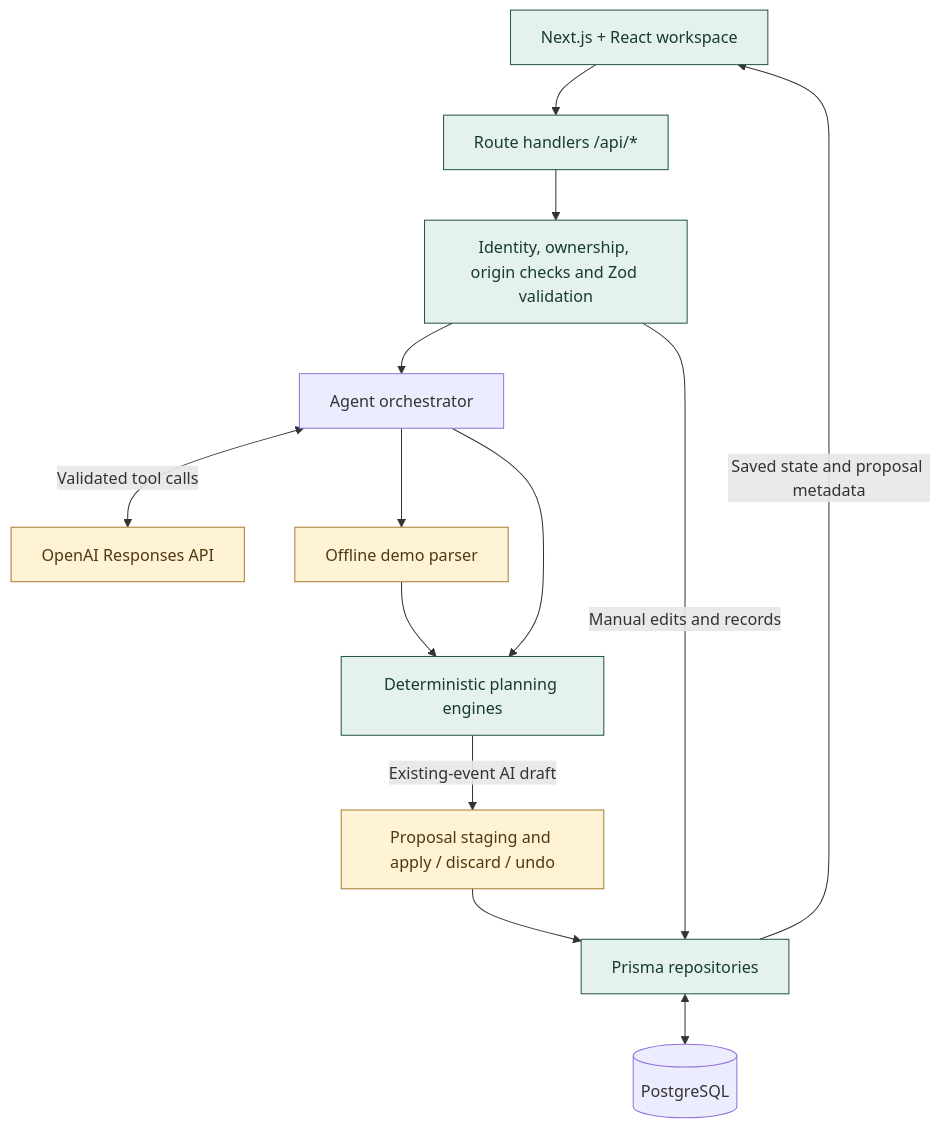
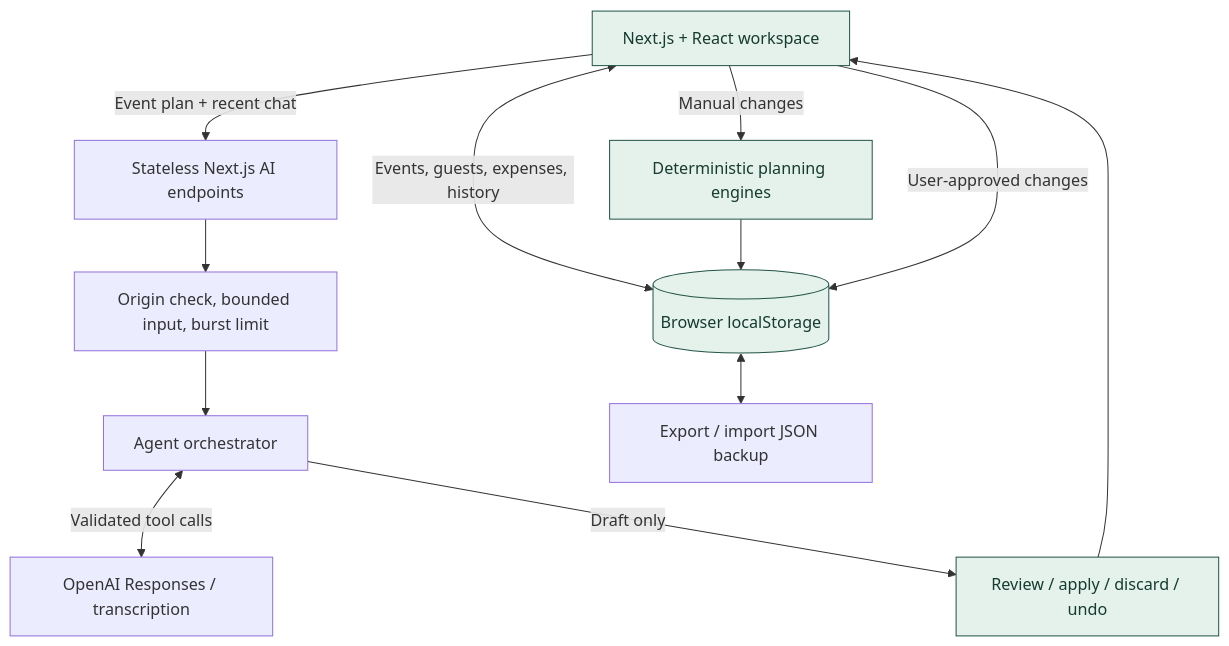
One commit to vikasgupta37/EventIQ changed the first of 3 diagrams in README.md. Above: the diagram before and after it, drawn with Mermaid. The commit also changed other lines of this file and 27 other files, not shown here.

Commit message:
Add public demo with browser storage and stateless AI

````diff
--- a/README.md
+++ b/README.md
@@ -152,28 +152,21 @@
 ```mermaid
 flowchart TB
     UI["Next.js + React workspace"]
-    API["Route handlers /api/*"]
-    GUARD["Identity, ownership, origin checks and Zod validation"]
+    LOCAL[("Browser localStorage")]
+    ENGINE["Deterministic planning engines"]
+    REVIEW["Review / apply / discard / undo"]
+    API["Stateless Next.js AI endpoints"]
+    GUARD["Origin check, bounded input, burst limit"]
     AGENT["Agent orchestrator"]
-    AI["OpenAI Responses API"]
-    DEMO["Offline demo parser"]
-    ENGINE["Deterministic planning engines"]
-    REVIEW["Proposal staging and apply / discard / undo"]
-    REPO["Prisma repositories"]
-    DB[("PostgreSQL")]
-    UI --> API --> GUARD
-    GUARD --> AGENT
-    GUARD -->|"Manual edits and records"| REPO
+    AI["OpenAI Responses / transcription"]
+    BACKUP["Export / import JSON backup"]
+    UI <-->|"Events, guests, expenses, history"| LOCAL
+    UI -->|"Manual changes"| ENGINE --> LOCAL
+    UI -->|"Event plan + recent chat"| API --> GUARD --> AGENT
     AGENT <-->|"Validated tool calls"| AI
-    AGENT --> DEMO
-    AGENT --> ENGINE
-    DEMO --> ENGINE
-    ENGINE -->|"Existing-event AI draft"| REVIEW
-    REVIEW --> REPO
-    REPO <--> DB
-    REPO -->|"Saved state and proposal metadata"| UI
+    AGENT -->|"Draft only"| REVIEW --> UI
+    UI -->|"User-approved changes"| LOCAL
+    LOCAL <--> BACKUP
     classDef green fill:#e4f2eb,stroke:#225447,color:#163b31
-    classDef gold fill:#fff3d6,stroke:#a77b30,color:#50390f
-    class UI,API,GUARD,ENGINE,REPO green
-    class AI,DEMO,REVIEW gold
+    class UI,LOCAL,ENGINE,REVIEW green
 ```
````
